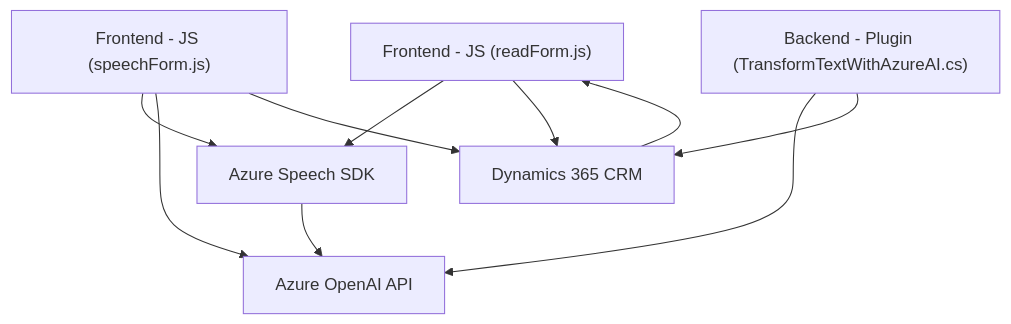
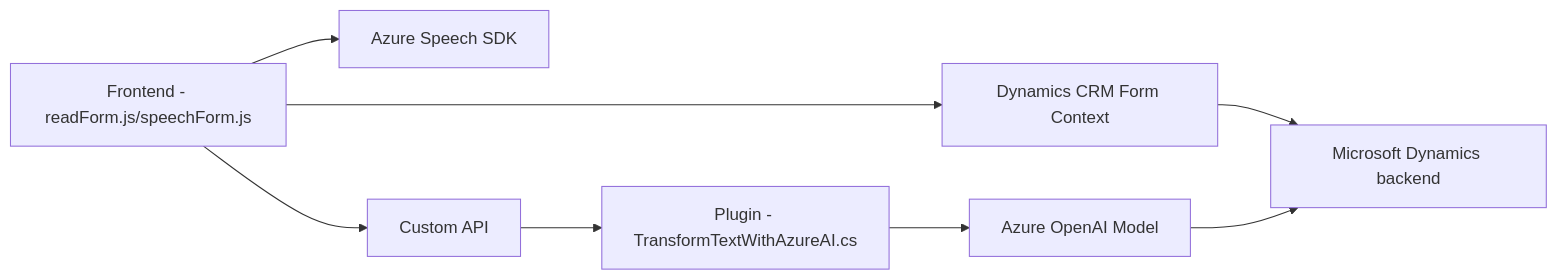
The diagram in README.md (blopezdm/NETCORE_BILBAO2025), drawn with Mermaid before and after one commit. The commit also changed other lines of this file, not shown here.

````diff
--- a/README.md
+++ b/README.md
@@ -37,19 +40,18 @@
 ```mermaid
-graph TD
-    A["Frontend - JS (readForm.js)"]
-    B["Frontend - JS (speechForm.js)"]
-    C["Backend - Plugin (TransformTextWithAzureAI.cs)"]
-    D["Azure Speech SDK"]
-    E["Azure OpenAI API"]
-    F["Dynamics 365 CRM"]
+graph LR
+    A["Frontend - readForm.js/speechForm.js"]
+    B["Dynamics CRM Form Context"]
+    C["Azure Speech SDK"]
+    D["Custom API"]
+    E["Plugin - TransformTextWithAzureAI.cs"]
+    F["Azure OpenAI Model"]
+    G["Microsoft Dynamics backend"]
 
+    A --> B
+    A --> C
     A --> D
-    A --> F
-    B --> D
-    B --> E
-    B --> F
-    C --> E
-    C --> F
+    B --> G
     D --> E
-    F --> A
+    E --> F
+    F --> G
 ```
````
